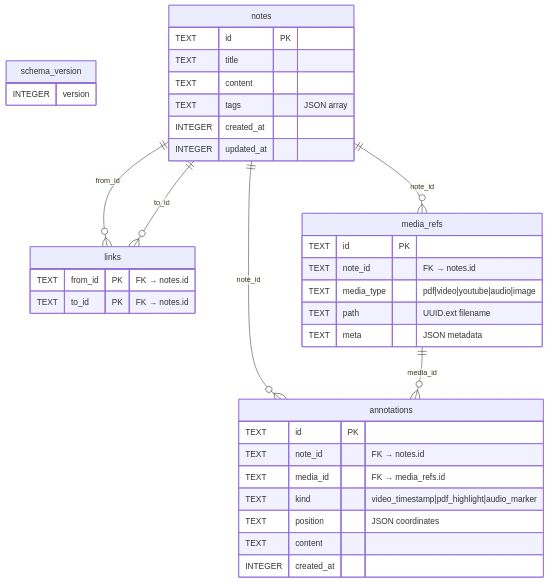
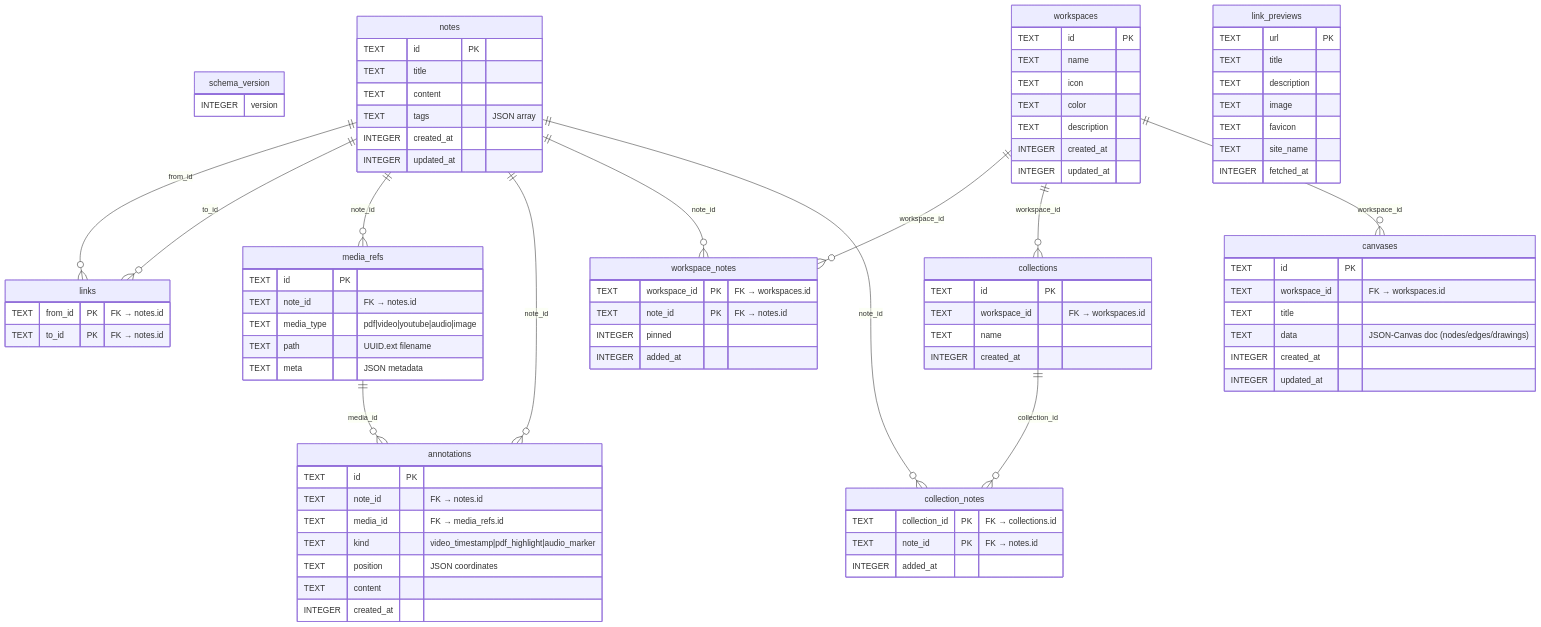
One commit to rgbRavi/Jnana---A-Second-brain changed the second of 11 diagrams in architecture_deep_dive.md. Above: the diagram before and after it, drawn with Mermaid. The commit also changed other lines of this file and 3 other files, not shown here.

````diff
--- a/architecture_deep_dive.md
+++ b/architecture_deep_dive.md
@@ -145,9 +151,64 @@
         INTEGER created_at
     }
     
+    workspaces {
+        TEXT id PK
+        TEXT name
+        TEXT icon
+        TEXT color
+        TEXT description
+        INTEGER created_at
+        INTEGER updated_at
+    }
+
+    workspace_notes {
+        TEXT workspace_id PK "FK → workspaces.id"
+        TEXT note_id PK "FK → notes.id"
+        INTEGER pinned
+        INTEGER added_at
+    }
+
+    collections {
+        TEXT id PK
+        TEXT workspace_id "FK → workspaces.id"
+        TEXT name
+        INTEGER created_at
+    }
+
+    collection_notes {
+        TEXT collection_id PK "FK → collections.id"
+        TEXT note_id PK "FK → notes.id"
+        INTEGER added_at
+    }
+
+    canvases {
+        TEXT id PK
+        TEXT workspace_id "FK → workspaces.id"
+        TEXT title
+        TEXT data "JSON-Canvas doc (nodes/edges/drawings)"
+        INTEGER created_at
+        INTEGER updated_at
+    }
+
+    link_previews {
+        TEXT url PK
+        TEXT title
+        TEXT description
+        TEXT image
+        TEXT favicon
+        TEXT site_name
+        INTEGER fetched_at
+    }
+
     notes ||--o{ links : "from_id"
     notes ||--o{ links : "to_id"
     notes ||--o{ media_refs : "note_id"
     notes ||--o{ annotations : "note_id"
     media_refs ||--o{ annotations : "media_id"
+    workspaces ||--o{ workspace_notes : "workspace_id"
+    notes ||--o{ workspace_notes : "note_id"
+    workspaces ||--o{ collections : "workspace_id"
+    collections ||--o{ collection_notes : "collection_id"
+    notes ||--o{ collection_notes : "note_id"
+    workspaces ||--o{ canvases : "workspace_id"
 ```
````
